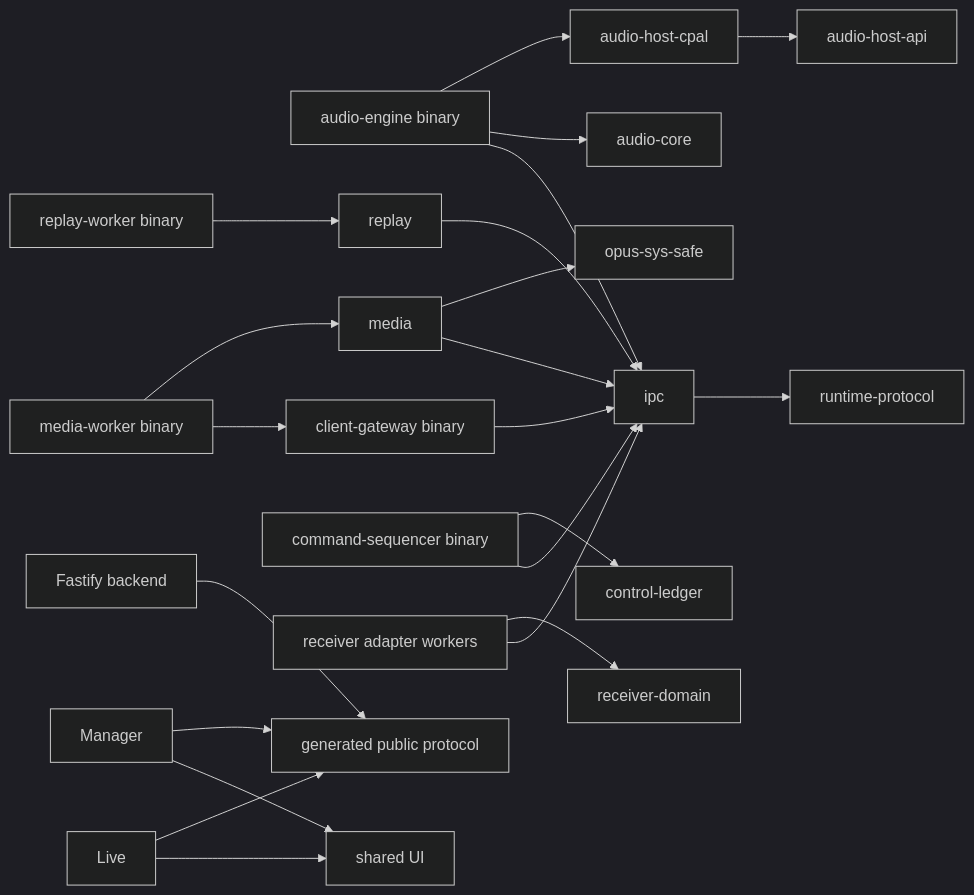
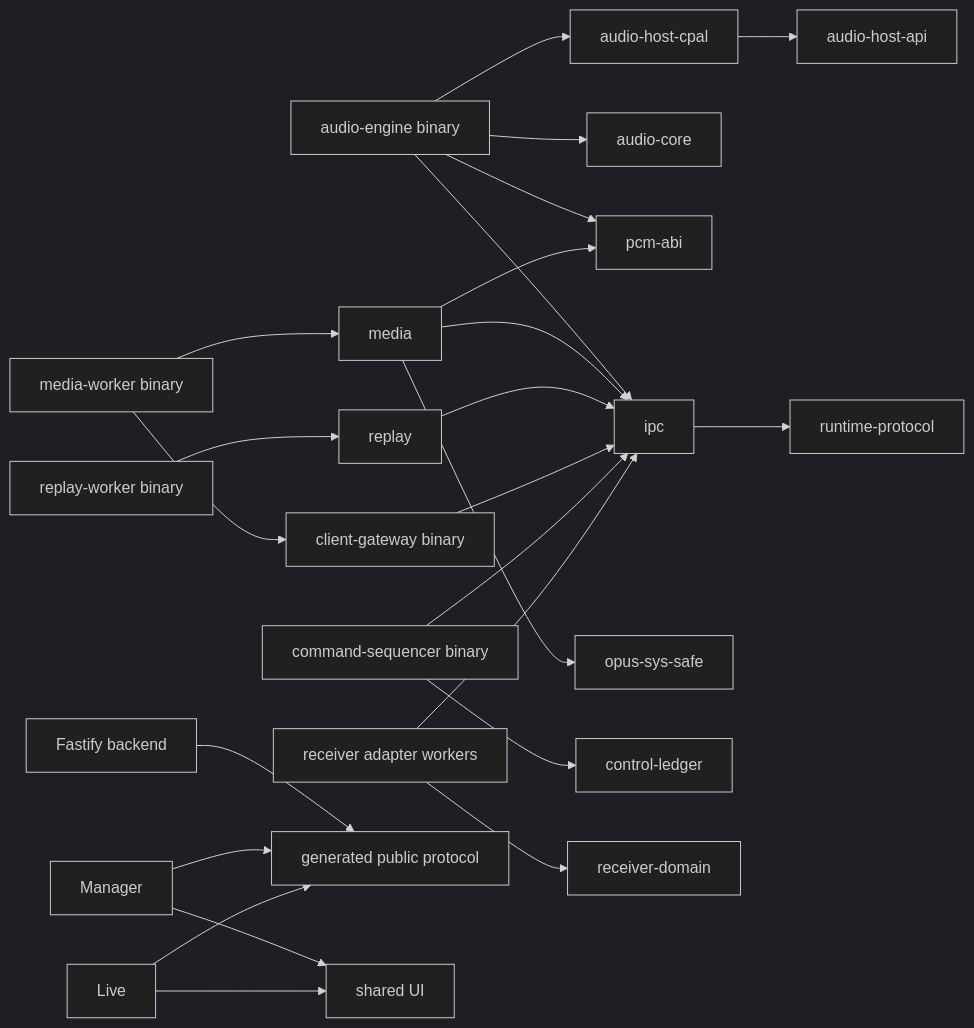
One commit to qubered/a2-monitor changed the diagram in docs/architecture/implementation-structure.md. Above: the diagram before and after it, drawn with Mermaid (dark theme). The commit also changed other lines of this file and 13 other files, not shown here.

Commit message:
Model the shared PCM ABI boundary

````diff
--- a/docs/architecture/implementation-structure.md
+++ b/docs/architecture/implementation-structure.md
@@ -79,24 +80,26 @@
 ```mermaid
 flowchart LR
     Host["audio-host-cpal"] --> HostAPI["audio-host-api"]
     EngineBin["audio-engine binary"] --> Host
     EngineBin --> Core["audio-core"]
+    EngineBin --> PcmAbi["pcm-abi"]
     EngineBin --> IPC["ipc"]
     MediaBin["media-worker binary"] --> Media["media"]
     Media --> Opus["opus-sys-safe"]
     Media --> IPC
+    Media --> PcmAbi
     ReplayBin["replay-worker binary"] --> Replay["replay"]
     Replay --> IPC
     MediaBin --> GatewayBin["client-gateway binary"]
     GatewayBin --> IPC
     SequencerBin["command-sequencer binary"] --> Ledger["control-ledger"]
     SequencerBin --> IPC
     Adapters["receiver adapter workers"] --> Receiver["receiver-domain"]
     Adapters --> IPC
     IPC --> NativeProtocol["runtime-protocol"]
     Backend["Fastify backend"] --> PublicProtocol["generated public protocol"]
     Manager["Manager"] --> PublicProtocol
     Live["Live"] --> PublicProtocol
     Manager --> UI["shared UI"]
     Live --> UI
 ```
````
